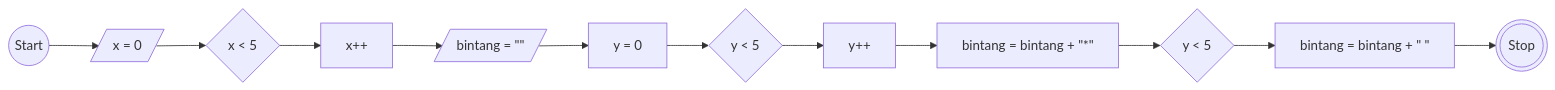
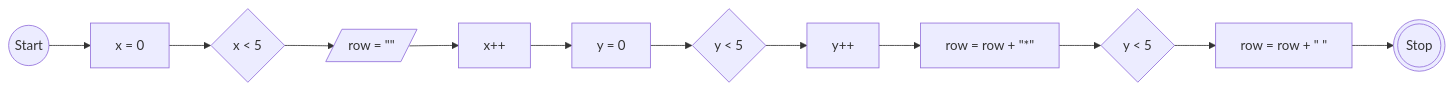
Before and after one commit to aldi-ardyansah/koda-b10-javascript3: the first of 2 diagrams in README.md, drawn with Mermaid. The commit also changed other lines of this file and 2 other files, not shown here.

````diff
--- a/README.md
+++ b/README.md
@@ -6,27 +6,27 @@
 ```mermaid
 flowchart LR
     A((Start))
-    B[/x = 0/]
+    B[x = 0]
     C{x < 5}
-    D[x++]
-    E[/bintang = ""/]
+    D[/row = ""/]
+    E[x++]
     F[y = 0]
     G{y < 5}
     H[y++]
-    I[bintang = bintang + #quot;*#quot;]
+    I[row = row + #quot;*#quot;]
     J{y < 5}
-    K[bintang = bintang + #quot; #quot;]
+    K[row = row + #quot; #quot;]
     Z(((Stop)))
 
     A --> B
     B --> C
     C --> D
     D --> E
     E --> F
     F --> G
     G --> H
     H --> I
     I --> J
     J --> K
     K --> Z
 ```
````
